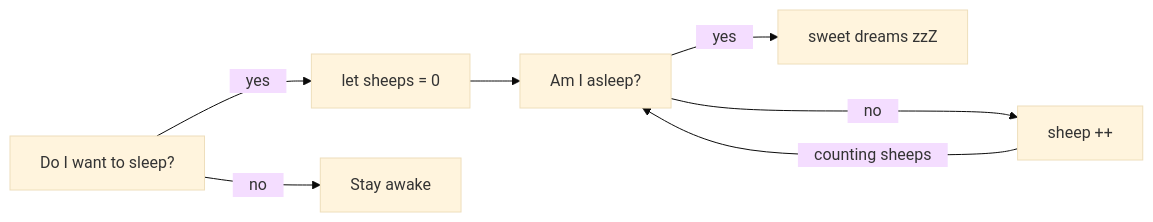
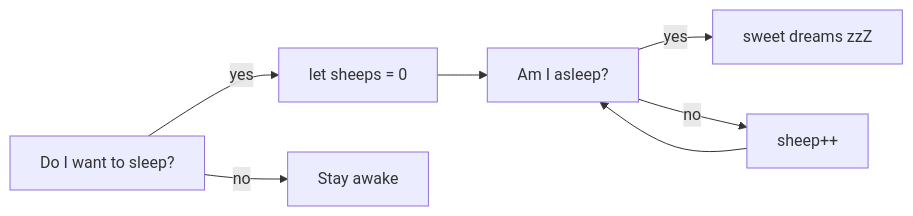
Before and after one commit to Yelose/Yelose: the third of 3 diagrams in README.md, drawn with Mermaid. The commit also changed other lines of this file, not shown here.

````diff
--- a/README.md
+++ b/README.md
@@ -105,8 +163,7 @@
 ```mermaid
-    %%{init: {'theme':'base'}}%%
 flowchart LR
-id1[Do I want to sleep?]--"#8195;yes#8195;"-->id2[let sheeps = 0]
-id1--"#8195;no#8195;"-->id3[Stay awake]
-id2-->id4[Am I asleep?]--"#8195;yes#8195;"-->id5[sweet dreams zzZ]
-id4--"#8195;no#8195;"-->id6[sheep ++]--"#8195;counting sheeps#8195;"--->id4
+id1[Do I want to sleep?]--"yes"-->id2[let sheeps = 0]
+id1--"no"-->id3[Stay awake]
+id2-->id4[Am I asleep?]--"yes"-->id5[sweet dreams zzZ]
+id4--"no"-->id6[sheep++ ]-->id4
 ```
````
